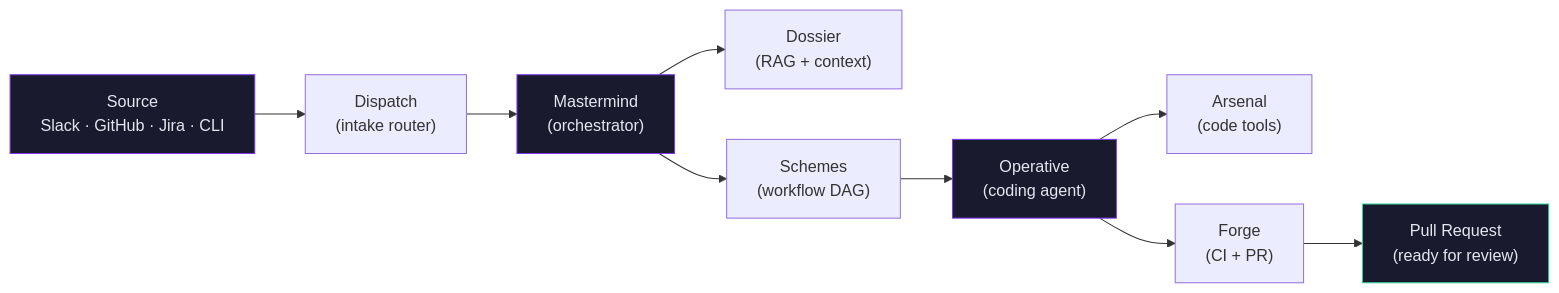
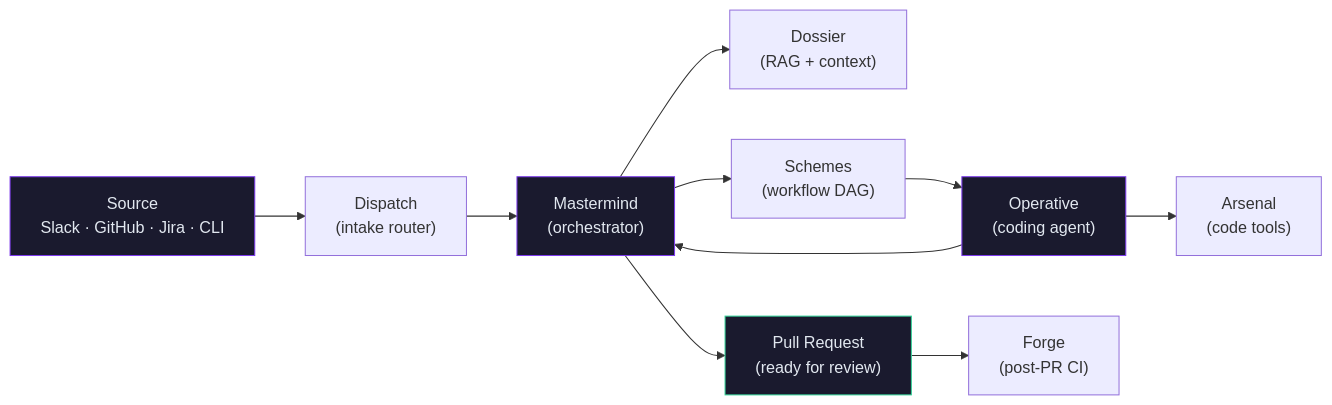
The diagram in README.md (chrisciampoli/henchmen), drawn with Mermaid before and after one commit. The commit also changed other lines of this file and 157 other files, not shown here.

````diff
--- a/README.md
+++ b/README.md
@@ -93,16 +133,17 @@
 ```mermaid
 graph LR
     A["Source\nSlack · GitHub · Jira · CLI"] --> B["Dispatch\n(intake router)"]
     B --> C["Mastermind\n(orchestrator)"]
     C --> D["Dossier\n(RAG + context)"]
     C --> E["Schemes\n(workflow DAG)"]
     E --> F["Operative\n(coding agent)"]
     F --> G["Arsenal\n(code tools)"]
-    F --> H["Forge\n(CI + PR)"]
-    H --> I["Pull Request\n(ready for review)"]
+    F --> C
+    C --> I["Pull Request\n(ready for review)"]
+    I --> H["Forge\n(post-PR CI)"]
 
     style A fill:#1a1a2e,stroke:#7c3aed,color:#e2e8f0
     style C fill:#1a1a2e,stroke:#7c3aed,color:#e2e8f0
     style F fill:#1a1a2e,stroke:#7c3aed,color:#e2e8f0
     style I fill:#1a1a2e,stroke:#34d399,color:#e2e8f0
 ```
````
